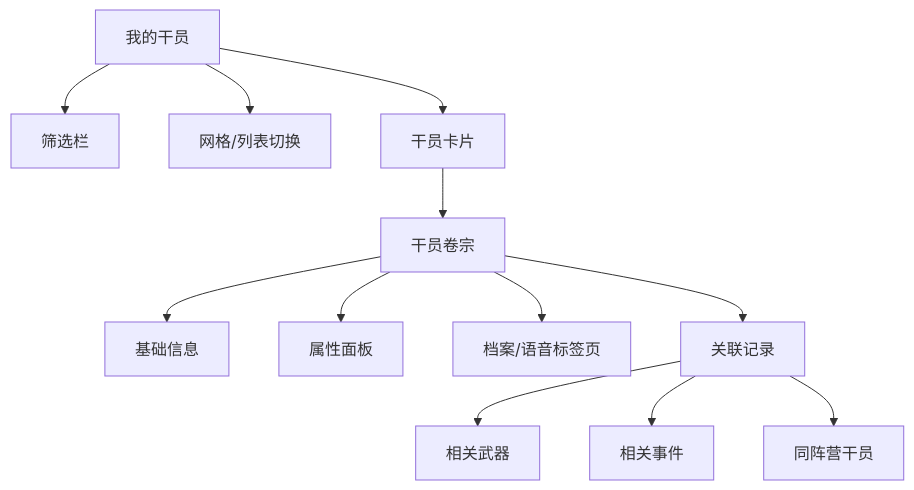
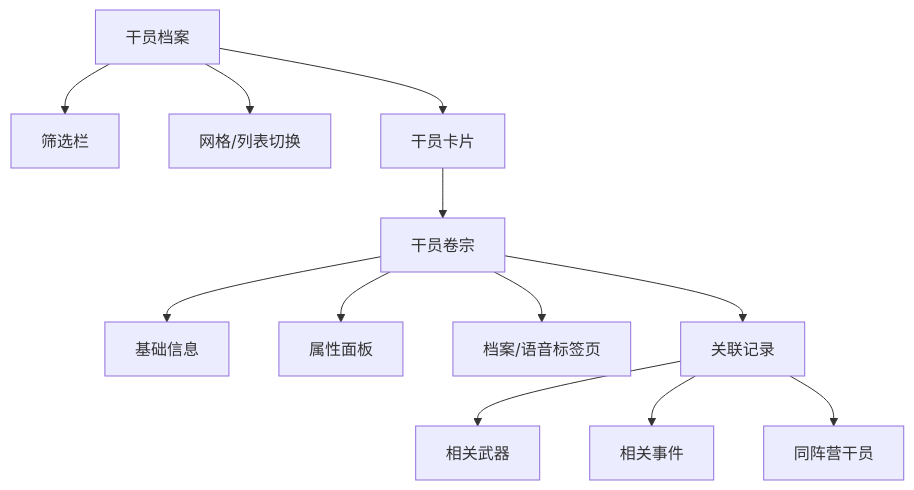
One commit to Deliay/hongshan-archives-bureau changed the diagram in docs/product/01-operator-archive.md. Above: the diagram before and after it, drawn with Mermaid. The commit also changed other lines of this file and 11 other files, not shown here.

````diff
--- a/docs/product/01-operator-archive.md
+++ b/docs/product/01-operator-archive.md
@@ -33,14 +33,14 @@
 ```mermaid
 flowchart TD
-    A[我的干员] --> B[筛选栏]
+    A[干员档案] --> B[筛选栏]
     A --> C[网格/列表切换]
     A --> D[干员卡片]
     D --> E[干员卷宗]
     E --> F[基础信息]
     E --> G[属性面板]
     E --> H[档案/语音标签页]
     E --> I[关联记录]
     I --> J[相关武器]
     I --> K[相关事件]
     I --> L[同阵营干员]
 ```
````
